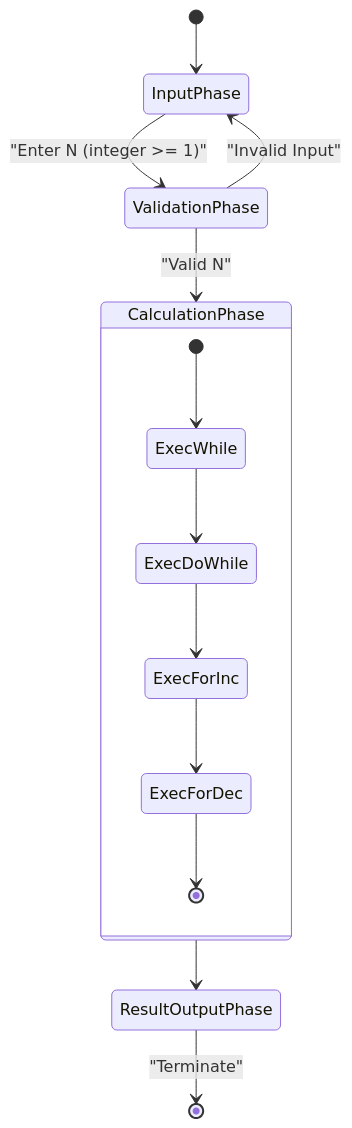
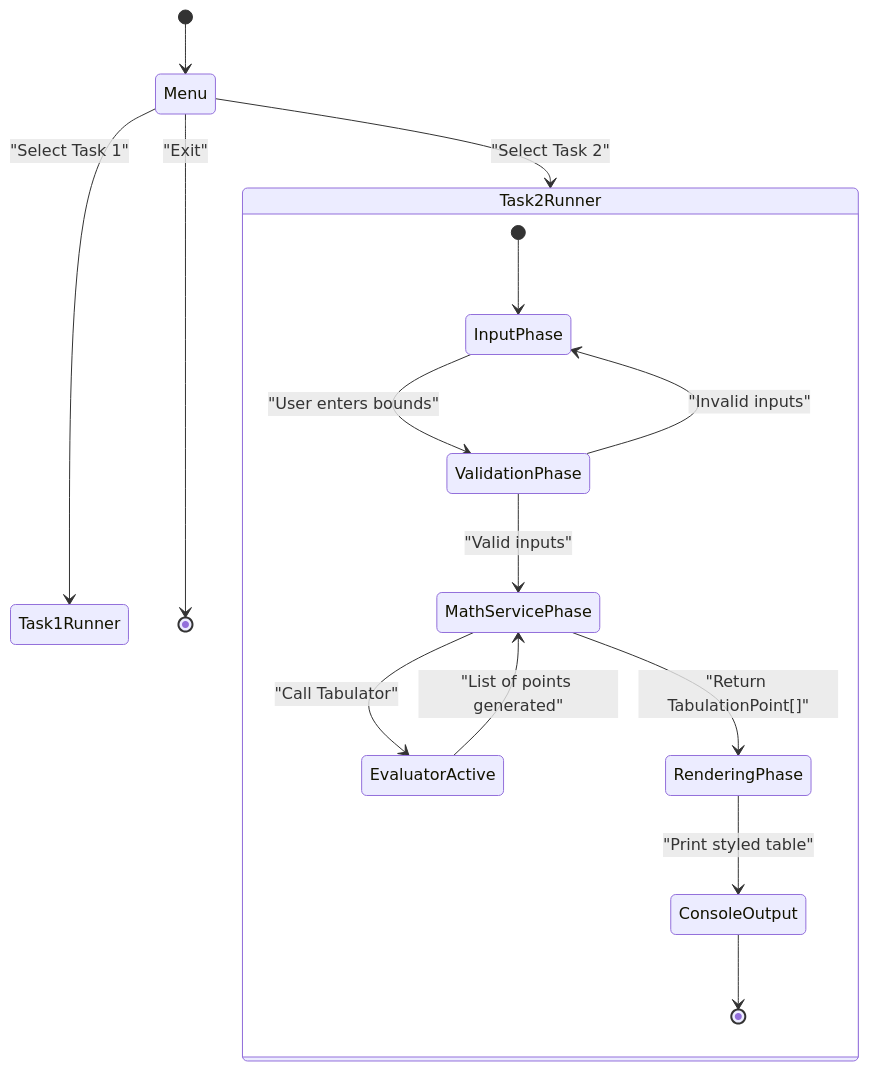
Before and after one commit to lviv-polytech/alg-java-labs: the second of 3 diagrams in lb4/README.md, drawn with Mermaid. The commit also changed other lines of this file and 16 other files, not shown here.

Commit message:
feat(lab-04): reorganize structure and add task 2 piecewise tabulation

````diff
--- a/lb4/README.md
+++ b/lb4/README.md
@@ -43,18 +52,19 @@
 ```mermaid
 stateDiagram-v2
-    [*] --> InputPhase
-    InputPhase --> ValidationPhase: "Enter N (integer >= 1)"
-    ValidationPhase --> InputPhase: "Invalid Input"
-    ValidationPhase --> CalculationPhase: "Valid N"
+    [*] --> Menu
+    Menu --> Task1Runner: "Select Task 1"
+    Menu --> Task2Runner: "Select Task 2"
+    Menu --> [*]: "Exit"
     
-    state CalculationPhase {
-        [*] --> ExecWhile
-        ExecWhile --> ExecDoWhile
-        ExecDoWhile --> ExecForInc
-        ExecForInc --> ExecForDec
-        ExecForDec --> [*]
+    state Task2Runner {
+        [*] --> InputPhase
+        InputPhase --> ValidationPhase: "User enters bounds"
+        ValidationPhase --> InputPhase: "Invalid inputs"
+        ValidationPhase --> MathServicePhase: "Valid inputs"
+        MathServicePhase --> EvaluatorActive: "Call Tabulator"
+        EvaluatorActive --> MathServicePhase: "List of points generated"
+        MathServicePhase --> RenderingPhase: "Return TabulationPoint[]"
+        RenderingPhase --> ConsoleOutput: "Print styled table"
+        ConsoleOutput --> [*]
     }
-    
-    CalculationPhase --> ResultOutputPhase
-    ResultOutputPhase --> [*]: "Terminate"
 ```
````
